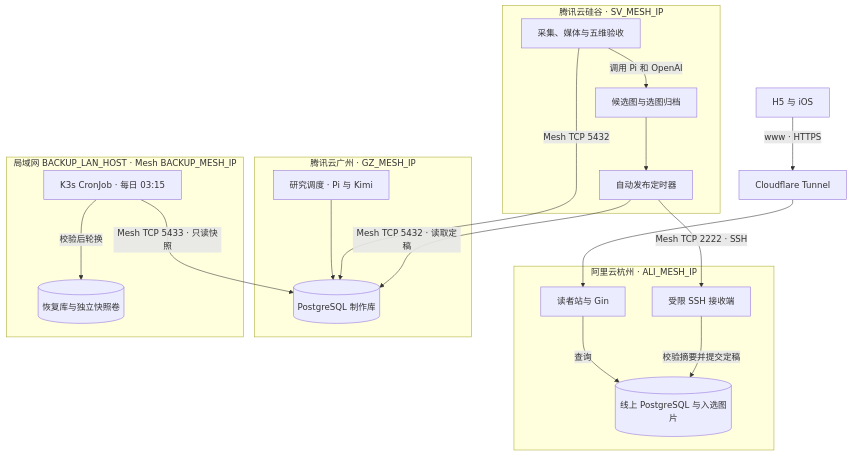
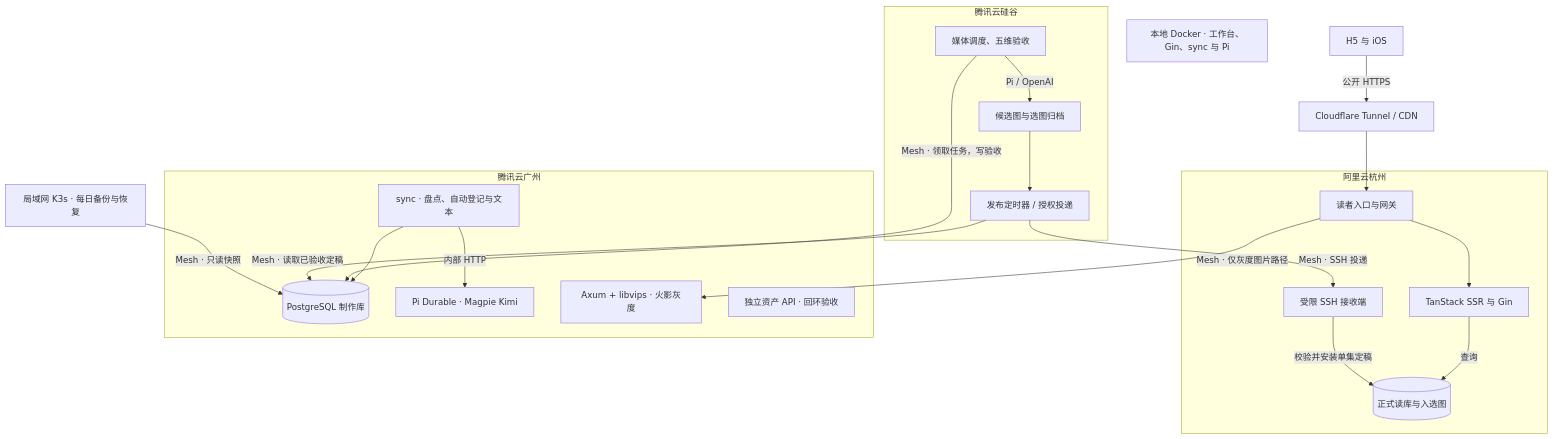
Before and after one commit to bluedao10000/player: the diagram in docs/diagrams/deployment.mmd, drawn with Mermaid. The commit also changed 22 other files, not shown here.

Commit message:
Update architecture diagrams for episode production and rollout

```diff
--- a/docs/diagrams/deployment.mmd
+++ b/docs/diagrams/deployment.mmd
@@ -1,33 +1,40 @@
 flowchart TB
-    reader["H5 与 iOS"] -->|www · HTTPS| edge["Cloudflare Tunnel"]
-    subgraph ali["阿里云杭州 · ALI_MESH_IP"]
-      site["读者站与 Gin"] -->|查询| online[("线上 PostgreSQL 与入选图片")]
-      receive["受限 SSH 接收端"] -->|校验摘要并提交定稿| online
-    end
-    edge --> site
-    subgraph gz["腾讯云广州 · GZ_MESH_IP"]
-      text["研究调度 · Pi 与 Kimi"] --> pg[("PostgreSQL 制作库")]
-    end
-    subgraph sv["腾讯云硅谷 · SV_MESH_IP"]
-      media["采集、媒体与五维验收"] -->|调用 Pi 和 OpenAI| archive["候选图与选图归档"]
-      archive --> push["自动发布定时器"]
-    end
-    media -->|Mesh TCP 5432| pg
-    push -->|Mesh TCP 5432 · 读取定稿| pg
-    push -->|Mesh TCP 2222 · SSH| receive
-    subgraph lan["局域网 BACKUP_LAN_HOST · Mesh BACKUP_MESH_IP"]
-      cron["K3s CronJob · 每日 03:15"] -->|校验后轮换| copy[("恢复库与独立快照卷")]
-    end
-    cron -->|Mesh TCP 5433 · 只读快照| pg
-%% reader | H5 和原生阅读器沿用公开作品、章节和场景链接。 | apps/ios/Folio/Reading.swift
-%% edge | 正式站使用独立公网隧道承接读者 HTTPS 请求。 | deploy/cloudflare/player-tunnel.service
+  reader["H5 与 iOS"] -->|公开 HTTPS| edge["Cloudflare Tunnel / CDN"]
+  subgraph ali["阿里云杭州"]
+    gw["读者入口与网关"] --> site["TanStack SSR 与 Gin"]
+    site -->|查询| online[("正式读库与入选图")]
+    receive["受限 SSH 接收端"] -->|校验并安装单集定稿| online
+  end
+  edge --> gw
+  subgraph gz["腾讯云广州"]
+    text["sync · 盘点、自动登记与文本"] --> pg[("PostgreSQL 制作库")]
+    text -->|内部 HTTP| pi["Pi Durable · Magpie Kimi"]
+    image["Axum + libvips · 火影灰度"]
+    shadow["独立资产 API · 回环验收"]
+  end
+  subgraph sv["腾讯云硅谷"]
+    media["媒体调度、五维验收"] -->|Pi / OpenAI| archive["候选图与选图归档"]
+    archive --> push["发布定时器 / 授权投递"]
+  end
+  gw -->|Mesh · 仅灰度图片路径| image
+  media -->|Mesh · 领取任务，写验收| pg
+  push -->|Mesh · 读取已验收定稿| pg
+  push -->|Mesh · SSH 投递| receive
+  cron["局域网 K3s · 每日备份与恢复"] -->|Mesh · 只读快照| pg
+  local["本地 Docker · 工作台、Gin、sync 与 Pi"]
+%% reader | 公开网页与 iOS 读取共享作品、章节及段落链接。 | apps/ios/Folio/Reading.swift
+%% edge | 正式站使用独立出站隧道和 CDN。 | deploy/cloudflare/player-tunnel.service
+%% gw | 公开入口会拒绝工作台及私有预览。火影试点使用专门的图片路由。 | deploy/cloudflare/player-ingress.conf
 %% site | TanStack 和 Gin 提供网页及原生阅读数据。 | apps/ios/server/reader.server.ts
-%% online | 线上读者查询自己的数据库和归档。每集有唯一投递回执。 | apps/sync/ops/reader-release/receiver.psql
-%% receive | 发布专用公钥受来源地址和强制命令约束。接收器事务写入章节。 | apps/sync/ops/reader-release/receive.sh
-%% text | 广州负责选题准入、文本取证、写作与复核。 | apps/sync/internal/service/scheduler/production.go
-%% pg | 制作库保存来源、任务、验收、发布历史及模型计量。 | database/migrations/init.sql
-%% media | 专用数据角色通过本地 Unix socket 使用共享制作库。 | deploy/cloudflare/mesh/compose.yaml
-%% archive | 硅谷保管候选原图及公开衍生图。 | apps/agent/src/media.ts
-%% push | 选择显式登记且五维通过的分集，投递后检查 H5 和原生阅读接口。 | apps/sync/cmd/reader-release/send.go
-%% cron | 03:15 为北京时间。备份任务使用主机上的受限 socket，只读访问广州。 | deploy/pg-backup/resources.yaml
-%% copy | K3s 本地磁盘保留七份成功备份，独立 PostgreSQL 保存最近恢复的数据库。 | deploy/pg-backup/backup.sh
+%% online | 正式读库有自己的发布指针、资产归档和回执。 | apps/sync/ops/reader-release/receiver.psql
+%% receive | 发布端通过受限命令投递，接收端校验版本、来源和图像摘要。 | apps/sync/ops/reader-release/receive.sh
+%% text | 已部署自动配置生成与登记。符合模板的作品缺集进入文本生产队列。 | apps/sync/internal/service/scheduler/production.go
+%% pi | 文本、规划和来源配置由 Pi Durable 调用 Magpie Kimi。 | apps/agent/src/episode-configuration-task.ts
+%% pg | 广州制作库保存来源、任务、验收、发布历史和模型计量。 | database/migrations/init.sql
+%% image | 公开灰度范围为《火影忍者》试点场景和肖像，保留原 URL。 | apps/sync/ops/image-import/README.md
+%% shadow | 新图像资产 API 使用自己的卷和回环入口，验收流量与公开灰度分别运行。 | apps/image/compose.yaml
+%% media | 硅谷以受限数据库权限为合格文本生成媒体及完成五维验收。 | apps/sync/ops/production/media-grants.psql
+%% archive | 保存候选原图、裁切和已验收选图。 | apps/agent/src/media.ts
+%% push | 定时器处理明确授权的配置。第 10 集经相同接收器执行授权投递。 | apps/sync/cmd/reader-release/send.go
+%% cron | K3s 每日恢复广州制作库快照，校验后轮换归档。 | deploy/pg-backup/backup.sh
+%% local | 工作台只在本地开放，通过 Compose 的本地数据库和 Agent 执行。 | deploy/docker-compose.yml
```
